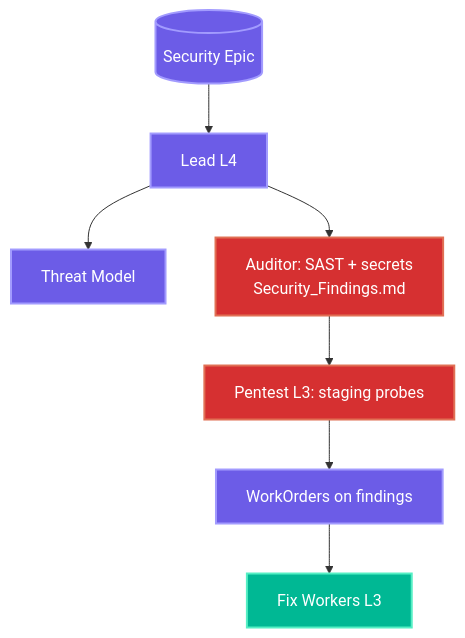
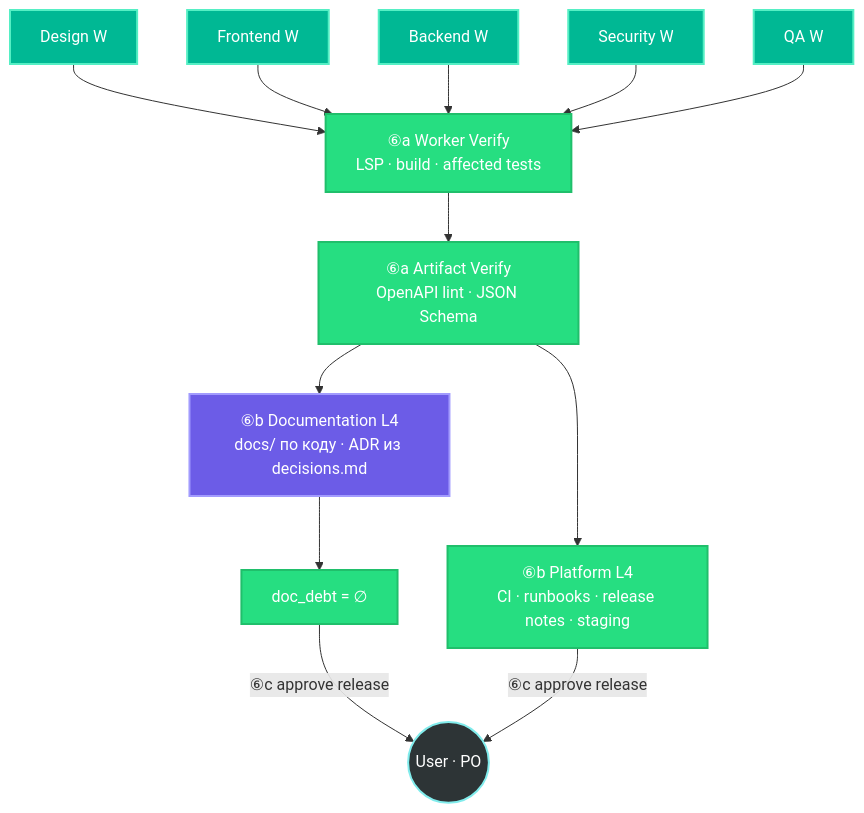
Diagram 16 of 21 in docs/architecture/orchestra-routing.md (GreyKxtx/Orchestra), drawn with Mermaid before and after one commit. The commit also changed other lines of this file and 108 other files, not shown here.

````diff
--- a/docs/architecture/orchestra-routing.md
+++ b/docs/architecture/orchestra-routing.md
@@ -589,20 +1236,31 @@
 ```mermaid
 flowchart TB
-    classDef dept fill:#6c5ce7,stroke:#a29bfe,stroke-width:2px,color:#fff
-    classDef audit fill:#d63031,stroke:#e17055,stroke-width:2px,color:#fff
     classDef worker fill:#00b894,stroke:#55efc4,stroke-width:2px,color:#fff
+    classDef release fill:#26de81,stroke:#20bf6b,stroke-width:2px,color:#fff
+    classDef docs fill:#6c5ce7,stroke:#a29bfe,stroke-width:2px,color:#fff
+    classDef user fill:#2d3436,stroke:#81ecec,stroke-width:2px,color:#fff
 
-    Epic[("Security Epic")]:::dept
-    Lead["Lead L4"]:::dept
-    TM["Threat Model"]:::dept
-    Audit["Auditor: SAST + secrets<br>Security_Findings.md"]:::audit
-    Pentest["Pentest L3: staging probes"]:::audit
-    WO["WorkOrders on findings"]:::dept
-    Fix["Fix Workers L3"]:::worker
+    W1["Design W"]:::worker
+    W2["Frontend W"]:::worker
+    W3["Backend W"]:::worker
+    W4["Security W"]:::worker
+    W5["QA W"]:::worker
+    Gate["⑥a Worker Verify<br>LSP · build · affected tests"]:::release
+    AGate["⑥a Artifact Verify<br>OpenAPI lint · JSON Schema"]:::release
+    Docs["⑥b Documentation L4<br>docs/ по коду · ADR из decisions.md"]:::docs
+    Plat["⑥b Platform L4<br>CI · runbooks · release notes · staging"]:::release
+    Debt["doc_debt = ∅"]:::release
+    User(("User · PO")):::user
 
-    Epic --> Lead --> TM
-    Lead --> Audit
-    Audit --> Pentest
-    Pentest --> WO
-    WO --> Fix
+    W1 --> Gate
+    W2 --> Gate
+    W3 --> Gate
+    W4 --> Gate
+    W5 --> Gate
+    Gate --> AGate
+    AGate --> Docs
+    AGate --> Plat
+    Docs --> Debt
+    Debt -->|"⑥c approve release"| User
+    Plat -->|"⑥c approve release"| User
 ```
````
